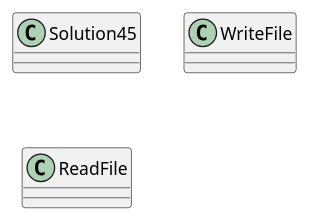
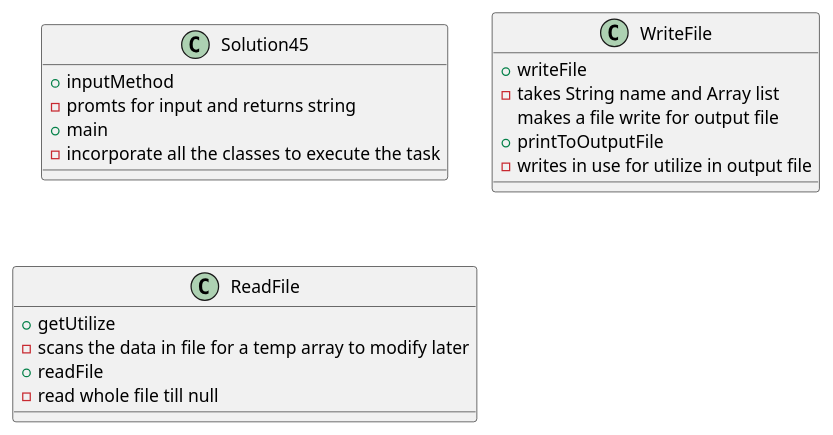
Before and after one commit to Roesnware/Roy-a04: the diagram in exercise45/docs/Solution45.puml, drawn with PlantUML. The commit also changed 1 other file, not shown here.

```diff
--- a/exercise45/docs/Solution45.puml
+++ b/exercise45/docs/Solution45.puml
@@ -1,17 +1,27 @@
 @startuml
 'https://plantuml.com/class-diagram
 
 
 class Solution45 {
-
++inputMethod
+- promts for input and returns string
++main
+- incorporate all the classes to execute the task 
 }
 
 class WriteFile {
-
++writeFile
+- takes String name and Array list
+makes a file write for output file
++printToOutputFile
+- writes in use for utilize in output file
 }
 
 class ReadFile {
-
++getUtilize
+- scans the data in file for a temp array to modify later
++readFile
+- read whole file till null
 }
 
 @enduml
```
